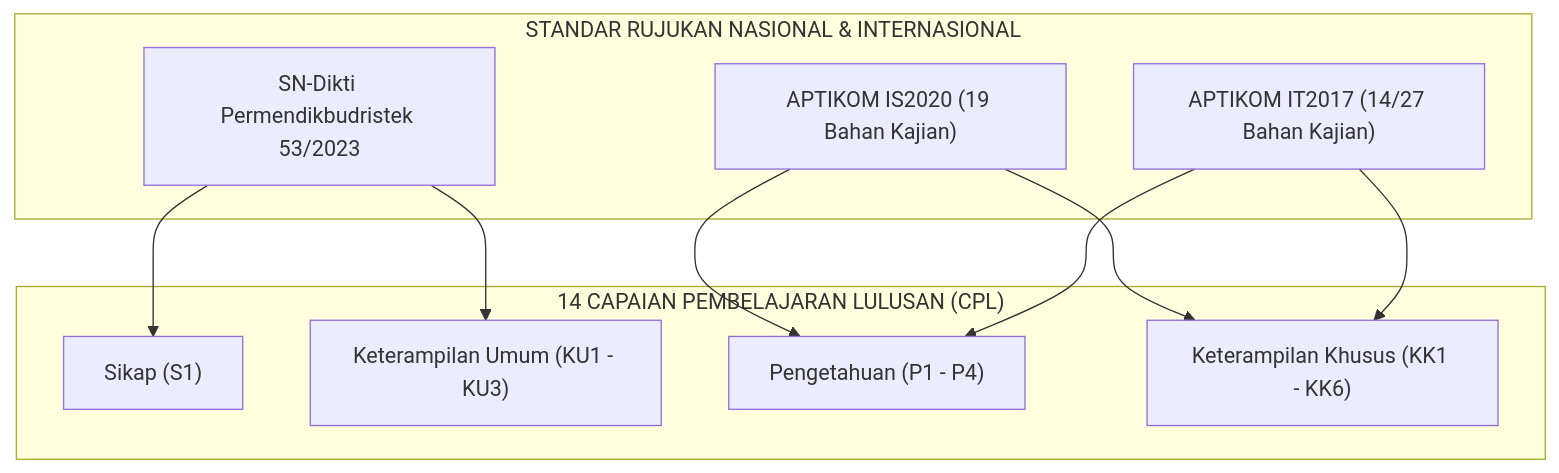
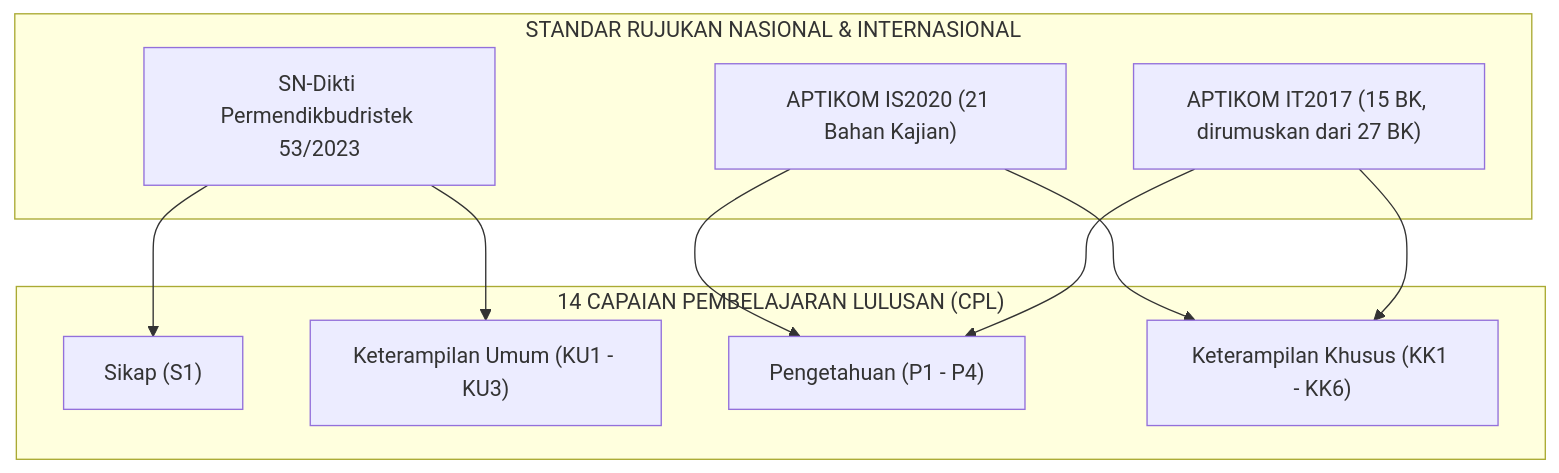
One commit to roniwahyu/--BRAINSTORMING_KURIKULUM2026 changed the diagram in KURIKULUM2026_REVISI/003_STANDAR_14_CPL_DAN_PEMETAAN_BoK_APTIKOM.md. Above: the diagram before and after it, drawn with Mermaid. The commit also changed other lines of this file and 100 other files, not shown here.

````diff
--- a/KURIKULUM2026_REVISI/003_STANDAR_14_CPL_DAN_PEMETAAN_BoK_APTIKOM.md
+++ b/KURIKULUM2026_REVISI/003_STANDAR_14_CPL_DAN_PEMETAAN_BoK_APTIKOM.md
@@ -12,19 +12,19 @@
 ```mermaid
 graph TD
     subgraph KATEGORI ["14 CAPAIAN PEMBELAJARAN LULUSAN (CPL)"]
         S["Sikap (S1)"]
         KU["Keterampilan Umum (KU1 - KU3)"]
         P["Pengetahuan (P1 - P4)"]
         KK["Keterampilan Khusus (KK1 - KK6)"]
     end
 
     subgraph RUJUKAN ["STANDAR RUJUKAN NASIONAL & INTERNASIONAL"]
         SNDIKTI["SN-Dikti Permendikbudristek 53/2023"]
-        IS2020["APTIKOM IS2020 (19 Bahan Kajian)"]
-        IT2017["APTIKOM IT2017 (14/27 Bahan Kajian)"]
+        IS2020["APTIKOM IS2020 (21 Bahan Kajian)"]
+        IT2017["APTIKOM IT2017 (15 BK, dirumuskan dari 27 BK)"]
     end
 
     SNDIKTI --> S & KU
     IS2020 --> P & KK
     IT2017 --> P & KK
 ```
````
